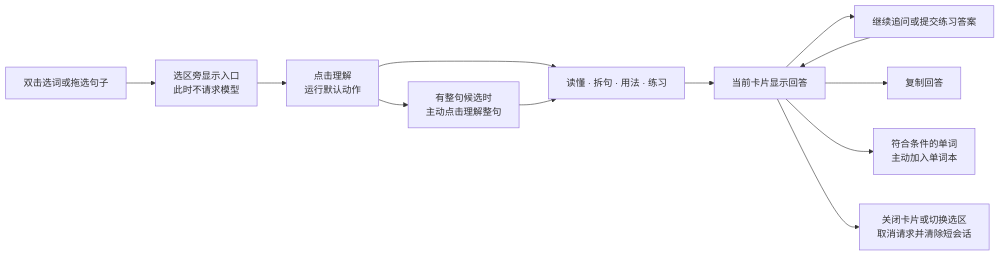
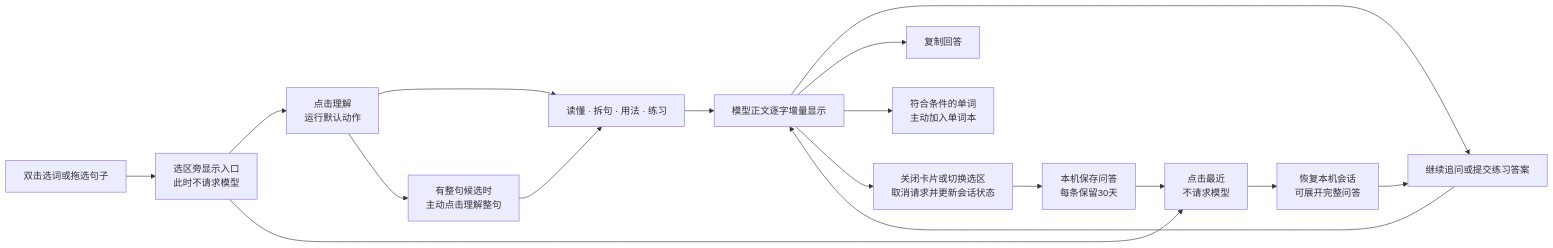
One commit to ArietidsZ/FluentRead changed the first of 4 diagrams in docs/reports/harness-reading-20260905.md. Above: the diagram before and after it, drawn with Mermaid. The commit also changed other lines of this file and 37 other files, not shown here.

````diff
--- a/docs/reports/harness-reading-20260905.md
+++ b/docs/reports/harness-reading-20260905.md
@@ -28,14 +29,19 @@
 ```mermaid
 flowchart LR
     A["双击选词或拖选句子"] --> B["选区旁显示入口<br/>此时不请求模型"]
     B --> C["点击理解<br/>运行默认动作"]
     C --> D["读懂 · 拆句 · 用法 · 练习"]
-    D --> E["当前卡片显示回答"]
+    D --> E["模型正文逐字增量显示"]
     E --> F["继续追问或提交练习答案"]
     F --> E
     E --> G["复制回答"]
     E --> H["符合条件的单词<br/>主动加入单词本"]
     C --> I["有整句候选时<br/>主动点击理解整句"]
     I --> D
-    E --> J["关闭卡片或切换选区<br/>取消请求并清除短会话"]
+    E --> J["关闭卡片或切换选区<br/>取消请求并更新会话状态"]
+    B --> K["点击最近<br/>不请求模型"]
+    K --> L["恢复本机会话<br/>可展开完整问答"]
+    L --> F
+    J --> M["本机保存问答<br/>每条保留30天"]
+    M --> K
 ```
````
